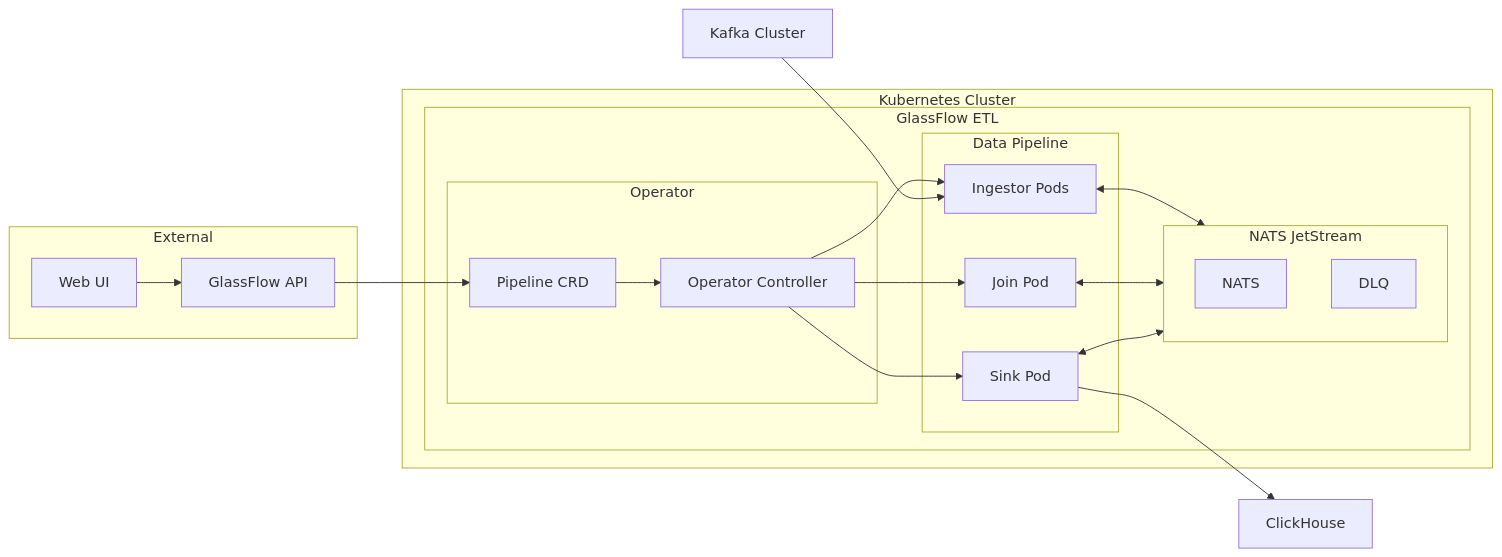
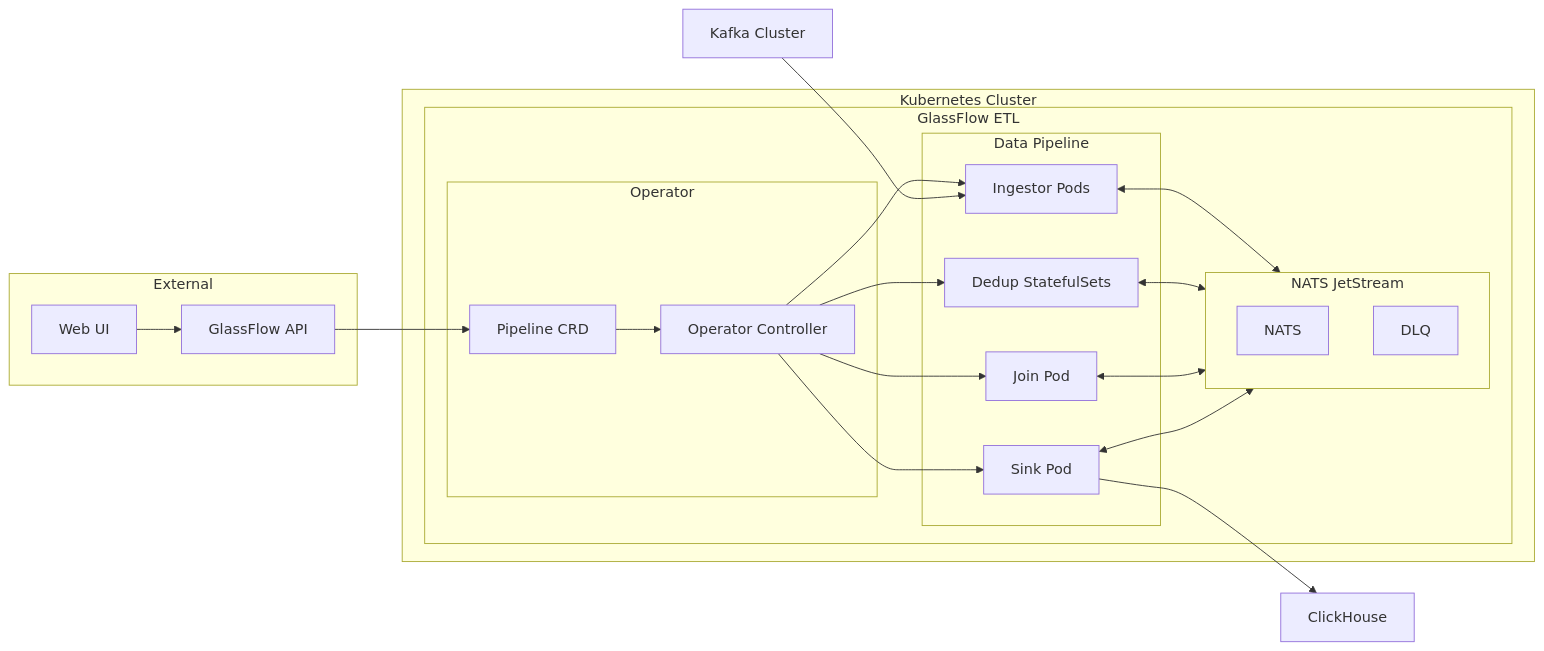
One commit to glassflow/glassflow-etl-k8s-operator changed the first of 2 diagrams in README.md. Above: the diagram before and after it, drawn with Mermaid. The commit also changed other lines of this file, not shown here.

Commit message:
docs: dedup component

````diff
--- a/README.md
+++ b/README.md
@@ -68,47 +69,50 @@
 ```mermaid
 graph LR
     KAFKA[Kafka Cluster]
     
     subgraph "Kubernetes Cluster"
         subgraph "GlassFlow ETL"
             subgraph "Operator"
                 OP[Operator Controller]
                 CRD[Pipeline CRD]
             end
             
             subgraph "Data Pipeline"
                 ING[Ingestor Pods]
+                DEDUP[Dedup StatefulSets]
                 JOIN[Join Pod]
                 SINK[Sink Pod]
             end
             
             subgraph NATS_JETSTREAM["NATS JetStream"]
                 NATS[NATS]
                 DLQ[DLQ]
             end
         end
     end
     
     CH[ClickHouse]
     
     subgraph "External"
         API[GlassFlow API]
         UI[Web UI]
     end
     
     API --> CRD
     CRD --> OP
     OP --> ING
+    OP --> DEDUP
     OP --> JOIN
     OP --> SINK
     
     ING <--> NATS_JETSTREAM
+    DEDUP <--> NATS_JETSTREAM
     JOIN <--> NATS_JETSTREAM
     SINK <--> NATS_JETSTREAM
     
     KAFKA --> ING
     SINK --> CH
     
     UI --> API
     
 ```
````
